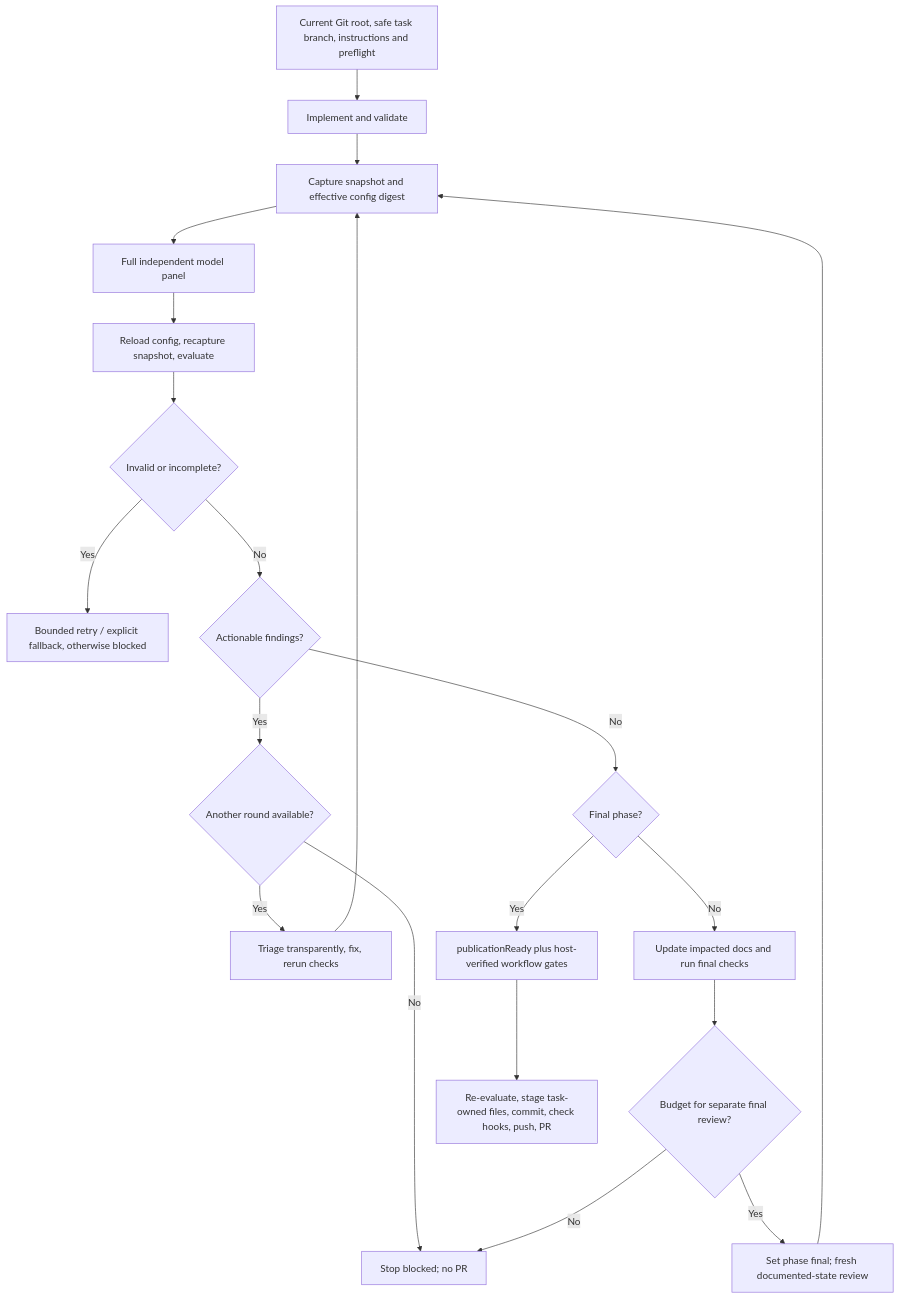
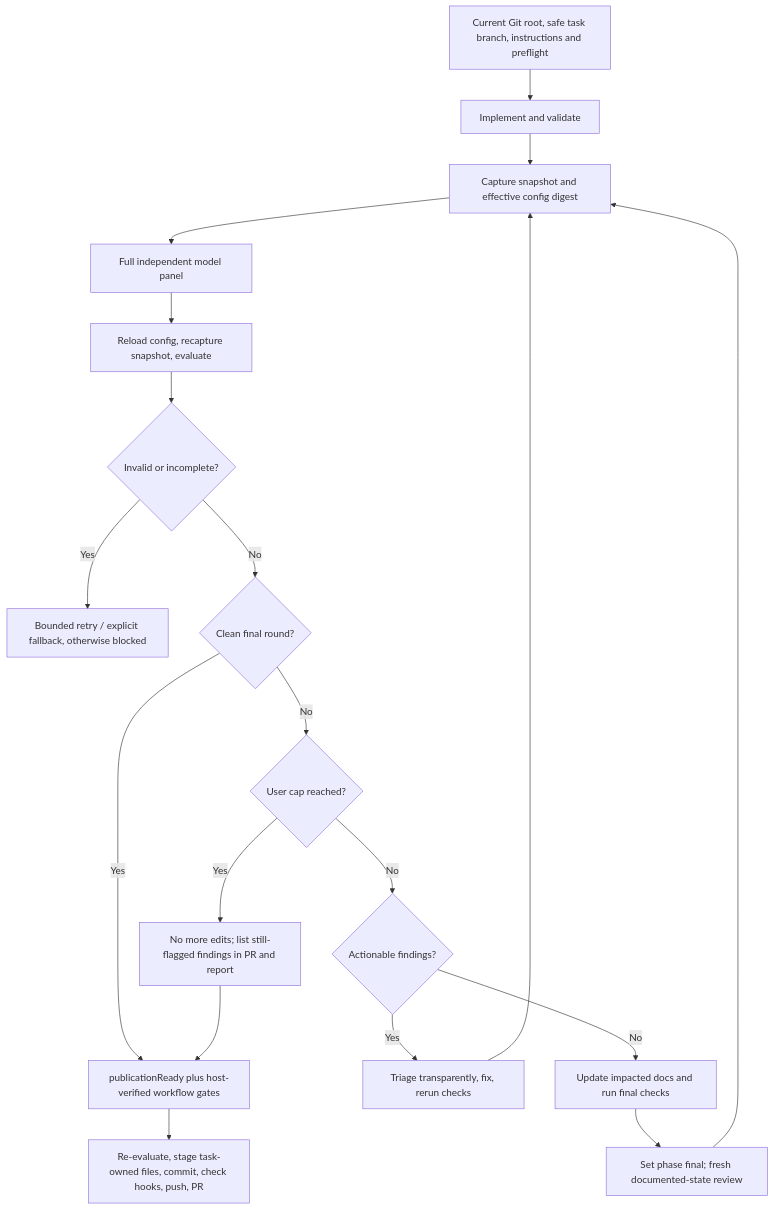
The second of 2 diagrams in docs/architecture.md (mcasillas17/coding-skills), drawn with Mermaid before and after one commit. The commit also changed other lines of this file and 13 other files, not shown here.

First line of the commit message:
feat: run review rounds until the panel is clean, honor user caps

````diff
--- a/docs/architecture.md
+++ b/docs/architecture.md
@@ -70,22 +70,21 @@
 ```mermaid
 flowchart TD
     Start["Current Git root, safe task branch, instructions and preflight"] --> Implement["Implement and validate"]
     Implement --> Capture["Capture snapshot and effective config digest"]
     Capture --> Panel["Full independent model panel"]
     Panel --> Evaluate["Reload config, recapture snapshot, evaluate"]
     Evaluate --> Invalid{"Invalid or incomplete?"}
     Invalid -- Yes --> Recovery["Bounded retry / explicit fallback, otherwise blocked"]
-    Invalid -- No --> Findings{"Actionable findings?"}
-    Findings -- Yes --> Budget{"Another round available?"}
-    Budget -- No --> Block["Stop blocked; no PR"]
-    Budget -- Yes --> Fix["Triage transparently, fix, rerun checks"]
+    Invalid -- No --> Clean{"Clean final round?"}
+    Clean -- Yes --> Gate["publicationReady plus host-verified workflow gates"]
+    Clean -- No --> Cap{"User cap reached?"}
+    Cap -- Yes --> Flagged["No more edits; list still-flagged findings in PR and report"]
+    Flagged --> Gate
+    Cap -- No --> Findings{"Actionable findings?"}
+    Findings -- Yes --> Fix["Triage transparently, fix, rerun checks"]
     Fix --> Capture
-    Findings -- No --> Phase{"Final phase?"}
-    Phase -- No --> Docs["Update impacted docs and run final checks"]
-    Docs --> Reserve{"Budget for separate final review?"}
-    Reserve -- No --> Block
-    Reserve -- Yes --> Final["Set phase final; fresh documented-state review"]
+    Findings -- No --> Docs["Update impacted docs and run final checks"]
+    Docs --> Final["Set phase final; fresh documented-state review"]
     Final --> Capture
-    Phase -- Yes --> Gate["publicationReady plus host-verified workflow gates"]
     Gate --> Publish["Re-evaluate, stage task-owned files, commit, check hooks, push, PR"]
 ```
````
